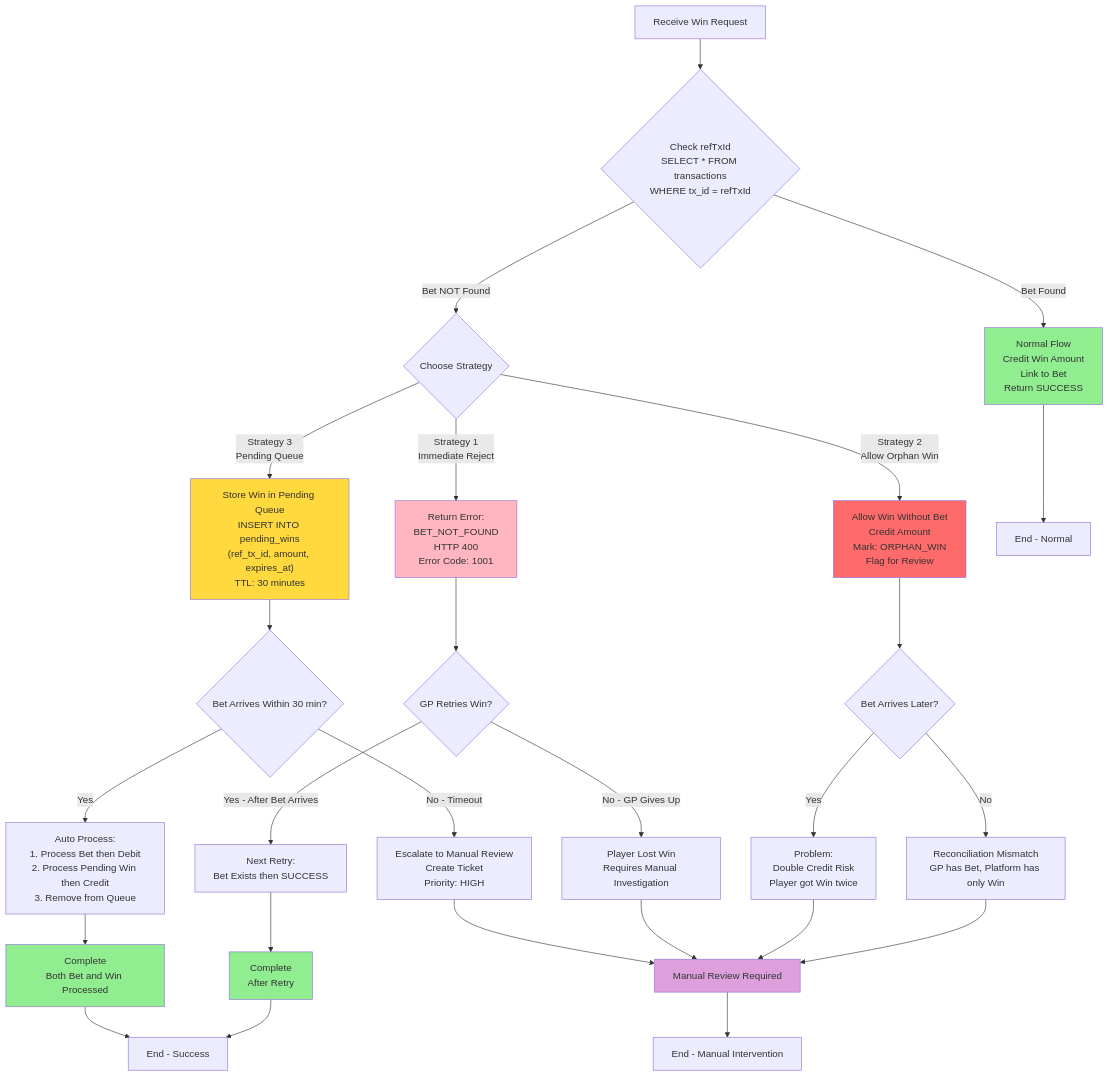
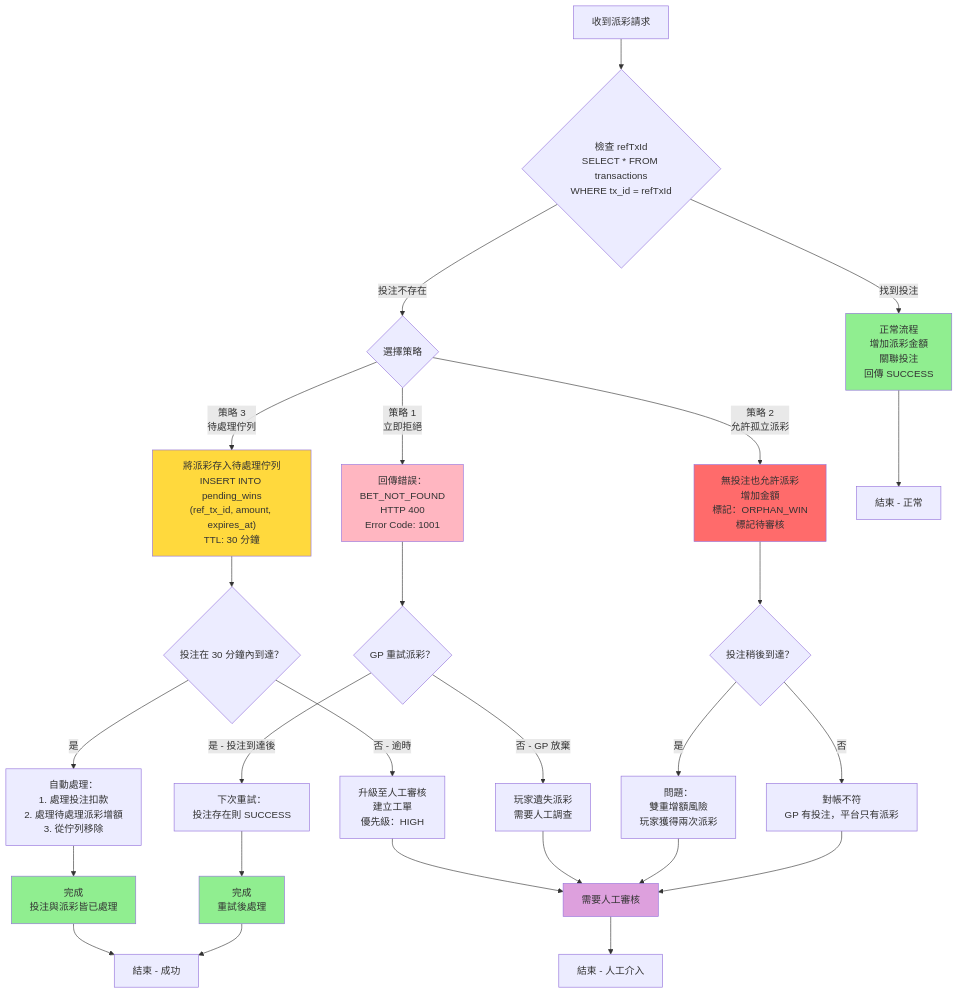
The third of 7 diagrams in docs/iGaming/architecture/02_Finance_Service/Seamless_Wallet_Analysis.md (ron03wlb/smart-admin), drawn with Mermaid before and after one commit. The commit also changed other lines of this file and 4 other files, not shown here.

````diff
--- a/docs/iGaming/architecture/02_Finance_Service/Seamless_Wallet_Analysis.md
+++ b/docs/iGaming/architecture/02_Finance_Service/Seamless_Wallet_Analysis.md
@@ -237,46 +237,46 @@
 ```mermaid
 flowchart TD
-    START[Receive Win Request] --> CHECK{"Check refTxId<br/>SELECT * FROM transactions<br/>WHERE tx_id = refTxId"}
+    START[收到派彩請求] --> CHECK{"檢查 refTxId<br/>SELECT * FROM transactions<br/>WHERE tx_id = refTxId"}
 
-    CHECK -->|Bet Found| NORMAL["Normal Flow<br/>Credit Win Amount<br/>Link to Bet<br/>Return SUCCESS"]
+    CHECK -->|找到投注| NORMAL["正常流程<br/>增加派彩金額<br/>關聯投注<br/>回傳 SUCCESS"]
 
-    CHECK -->|Bet NOT Found| STRATEGY{Choose Strategy}
+    CHECK -->|投注不存在| STRATEGY{選擇策略}
 
-    STRATEGY -->|Strategy 1<br/>Immediate Reject| S1["Return Error:<br/>BET_NOT_FOUND<br/>HTTP 400<br/>Error Code: 1001"]
+    STRATEGY -->|策略 1<br/>立即拒絕| S1["回傳錯誤：<br/>BET_NOT_FOUND<br/>HTTP 400<br/>Error Code: 1001"]
 
-    S1 --> S1A{GP Retries Win?}
-    S1A -->|Yes - After Bet Arrives| S1B["Next Retry:<br/>Bet Exists then SUCCESS"]
-    S1A -->|No - GP Gives Up| S1C["Player Lost Win<br/>Requires Manual Investigation"]
+    S1 --> S1A{GP 重試派彩？}
+    S1A -->|是 - 投注到達後| S1B["下次重試：<br/>投注存在則 SUCCESS"]
+    S1A -->|否 - GP 放棄| S1C["玩家遺失派彩<br/>需要人工調查"]
 
-    STRATEGY -->|Strategy 2<br/>Allow Orphan Win| S2["Allow Win Without Bet<br/>Credit Amount<br/>Mark: ORPHAN_WIN<br/>Flag for Review"]
+    STRATEGY -->|策略 2<br/>允許孤立派彩| S2["無投注也允許派彩<br/>增加金額<br/>標記：ORPHAN_WIN<br/>標記待審核"]
 
-    S2 --> S2A{Bet Arrives Later?}
-    S2A -->|Yes| S2B["Problem:<br/>Double Credit Risk<br/>Player got Win twice"]
-    S2A -->|No| S2C["Reconciliation Mismatch<br/>GP has Bet, Platform has only Win"]
+    S2 --> S2A{投注稍後到達？}
+    S2A -->|是| S2B["問題：<br/>雙重增額風險<br/>玩家獲得兩次派彩"]
+    S2A -->|否| S2C["對帳不符<br/>GP 有投注，平台只有派彩"]
 
-    STRATEGY -->|Strategy 3<br/>Pending Queue| S3["Store Win in Pending Queue<br/>INSERT INTO pending_wins<br/>(ref_tx_id, amount, expires_at)<br/>TTL: 30 minutes"]
+    STRATEGY -->|策略 3<br/>待處理佇列| S3["將派彩存入待處理佇列<br/>INSERT INTO pending_wins<br/>(ref_tx_id, amount, expires_at)<br/>TTL: 30 分鐘"]
 
-    S3 --> S3A{Bet Arrives Within 30 min?}
-    S3A -->|Yes| S3B["Auto Process:<br/>1. Process Bet then Debit<br/>2. Process Pending Win then Credit<br/>3. Remove from Queue"]
-    S3A -->|No - Timeout| S3C["Escalate to Manual Review<br/>Create Ticket<br/>Priority: HIGH"]
+    S3 --> S3A{投注在 30 分鐘內到達？}
+    S3A -->|是| S3B["自動處理：<br/>1. 處理投注扣款<br/>2. 處理待處理派彩增額<br/>3. 從佇列移除"]
+    S3A -->|否 - 逾時| S3C["升級至人工審核<br/>建立工單<br/>優先級：HIGH"]
 
-    S3B --> SUCCESS1["Complete<br/>Both Bet and Win Processed"]
-    S1B --> SUCCESS2["Complete<br/>After Retry"]
-    S3C --> REVIEW[Manual Review Required]
+    S3B --> SUCCESS1["完成<br/>投注與派彩皆已處理"]
+    S1B --> SUCCESS2["完成<br/>重試後處理"]
+    S3C --> REVIEW[需要人工審核]
     S1C --> REVIEW
     S2B --> REVIEW
     S2C --> REVIEW
 
-    NORMAL --> END1[End - Normal]
-    SUCCESS1 --> END2[End - Success]
+    NORMAL --> END1[結束 - 正常]
+    SUCCESS1 --> END2[結束 - 成功]
     SUCCESS2 --> END2
-    REVIEW --> END3[End - Manual Intervention]
+    REVIEW --> END3[結束 - 人工介入]
 
     style NORMAL fill:#90EE90
     style S1 fill:#FFB6C1
     style S2 fill:#FF6B6B
     style S3 fill:#FFD93D
     style SUCCESS1 fill:#90EE90
     style SUCCESS2 fill:#90EE90
     style REVIEW fill:#DDA0DD
 ```
````
